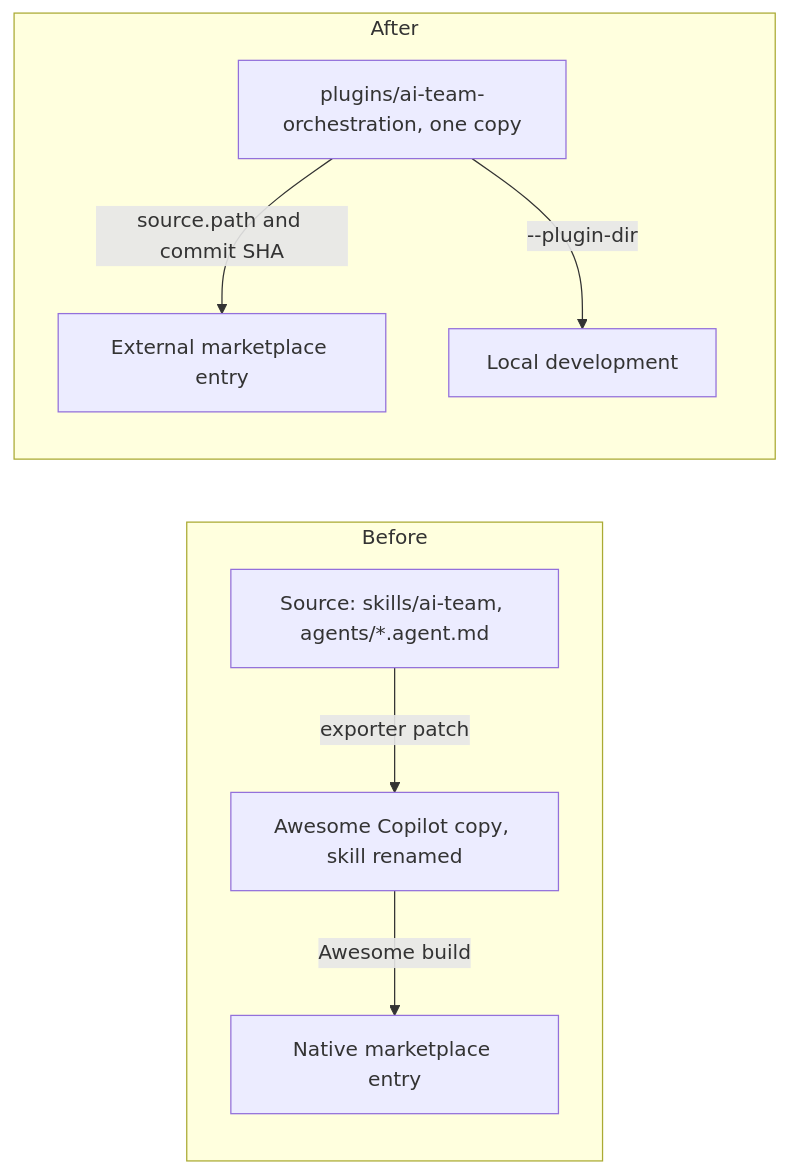
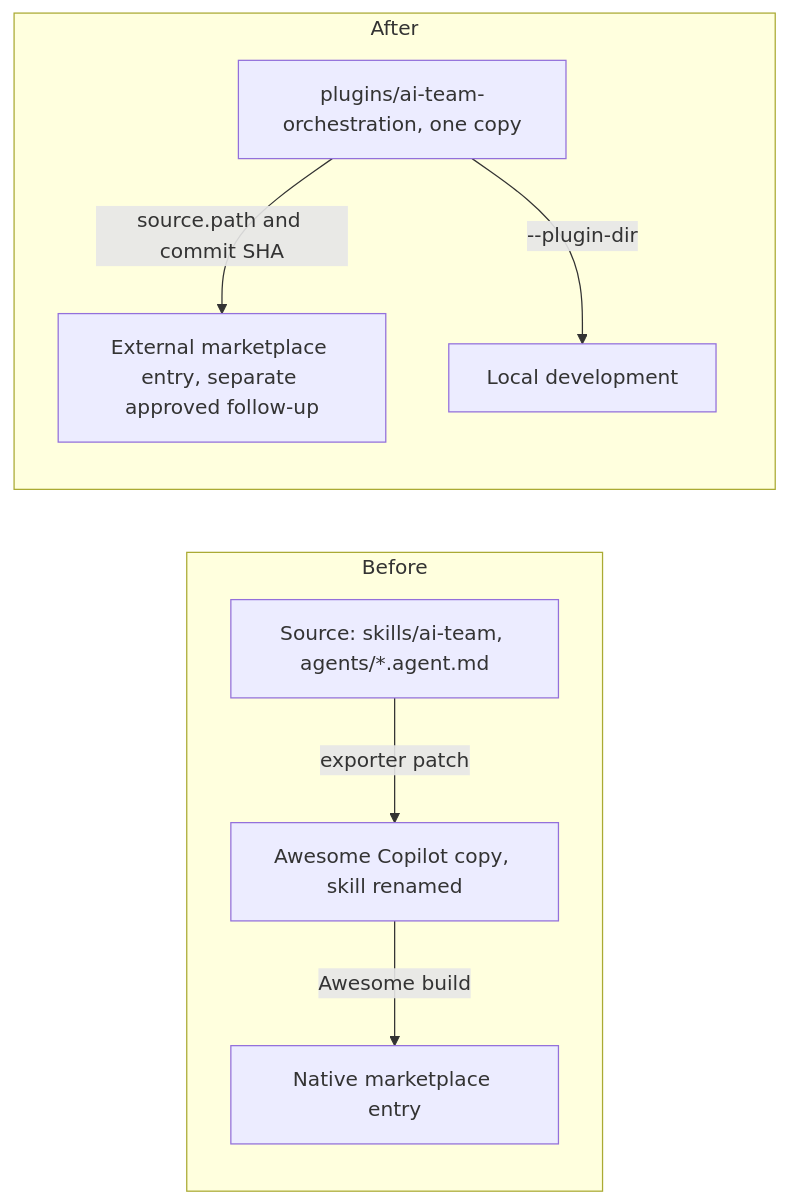
The diagram in docs/decisions/0001-agent-plugins-layout.md (denis-a-evdokimov/ai-team-orchestration), drawn with Mermaid before and after one commit. The commit also changed other lines of this file and 8 other files, not shown here.

First line of the commit message:
Address review: vet the installed file set, one copy and plugin links

````diff
--- a/docs/decisions/0001-agent-plugins-layout.md
+++ b/docs/decisions/0001-agent-plugins-layout.md
@@ -38,11 +39,11 @@
 ```mermaid
 flowchart LR
     subgraph Before
         Src1["Source: skills/ai-team, agents/*.agent.md"] -->|exporter patch| Copy1["Awesome Copilot copy, skill renamed"]
         Copy1 -->|Awesome build| Native1["Native marketplace entry"]
     end
     subgraph After
-        Src2["plugins/ai-team-orchestration, one copy"] -->|"source.path and commit SHA"| Entry2["External marketplace entry"]
+        Src2["plugins/ai-team-orchestration, one copy"] -->|"source.path and commit SHA"| Entry2["External marketplace entry, separate approved follow-up"]
         Src2 -->|"--plugin-dir"| Dev2["Local development"]
     end
 ```
````
